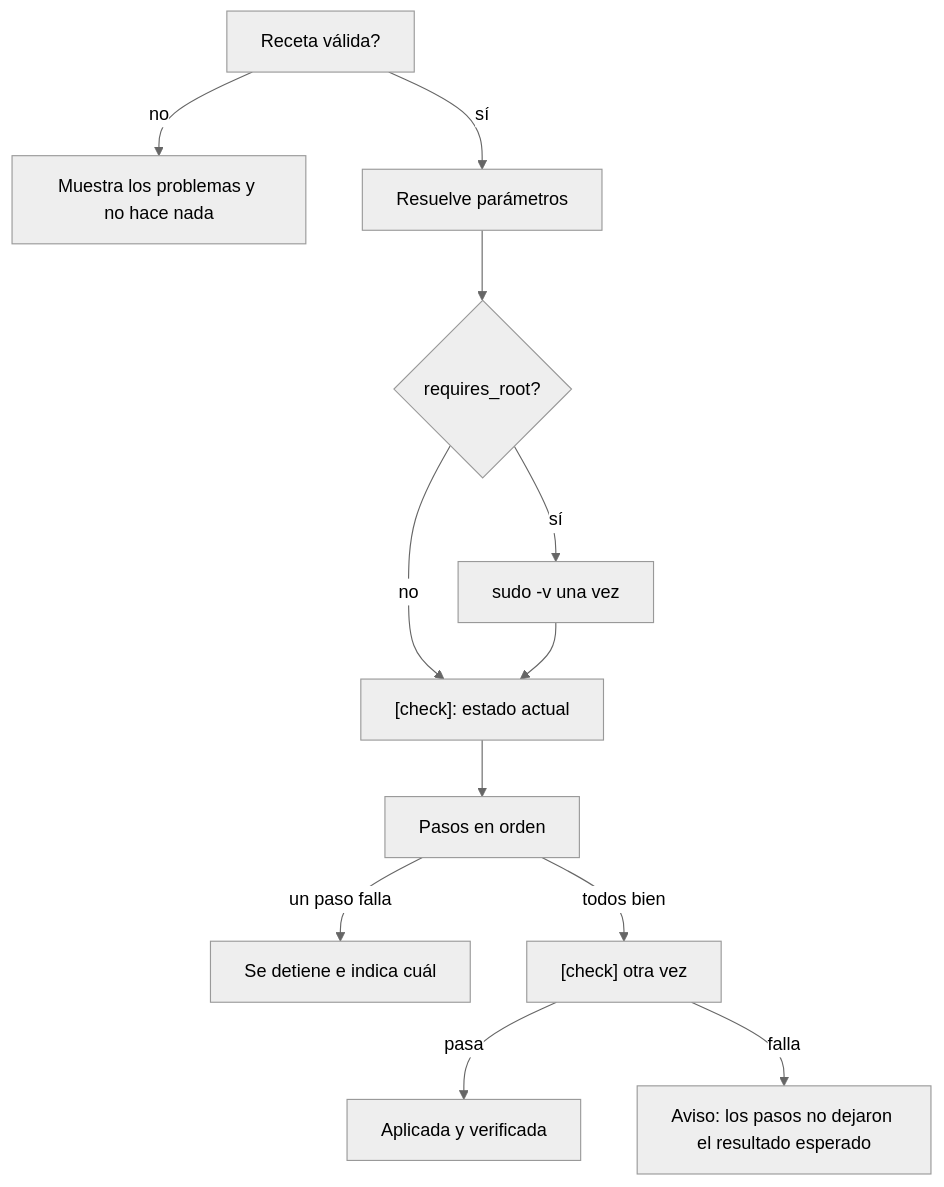
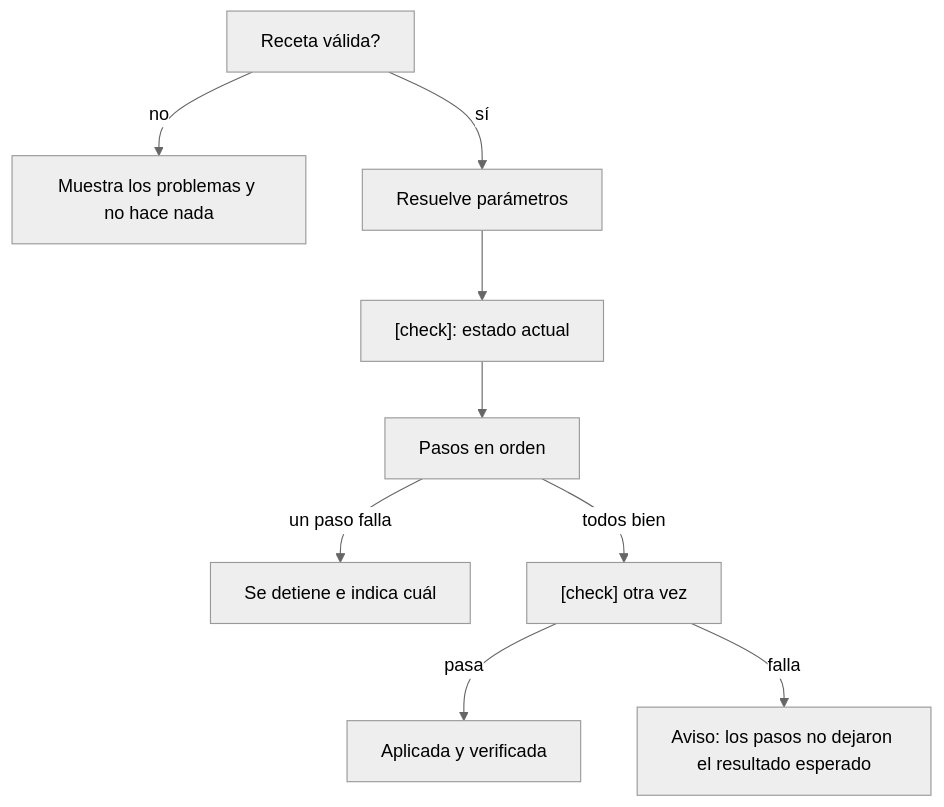
One commit to isidro-rodriguez/appforge changed the diagram in docs/avanzado/ejecucion.md. Above: the diagram before and after it, drawn with Mermaid (neutral theme). The commit also changed other lines of this file and 27 other files, not shown here.

````diff
--- a/docs/avanzado/ejecucion.md
+++ b/docs/avanzado/ejecucion.md
@@ -5,14 +5,11 @@
 ```mermaid
 flowchart TD
     A[Receta válida?] -->|no| X[Muestra los problemas y no hace nada]
     A -->|sí| B[Resuelve parámetros]
-    B --> C{requires_root?}
-    C -->|sí| D[sudo -v una vez]
-    C -->|no| E
-    D --> E["[check]: estado actual"]
+    B --> E["[check]: estado actual"]
     E --> F[Pasos en orden]
     F -->|un paso falla| Y[Se detiene e indica cuál]
     F -->|todos bien| G["[check] otra vez"]
     G -->|pasa| OK[Aplicada y verificada]
     G -->|falla| W[Aviso: los pasos no dejaron el resultado esperado]
 ```
````
